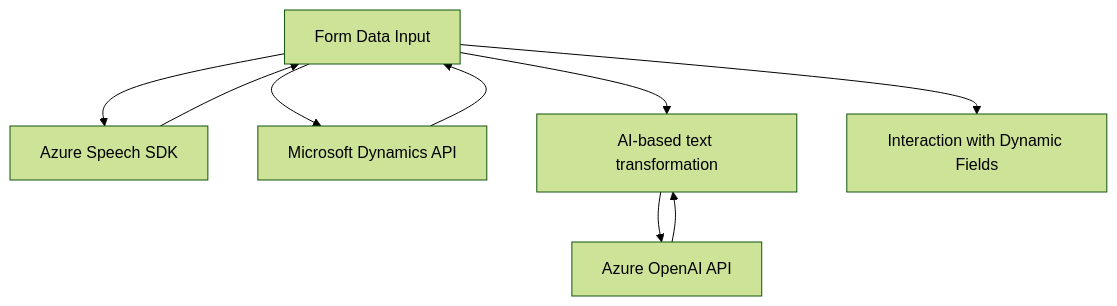
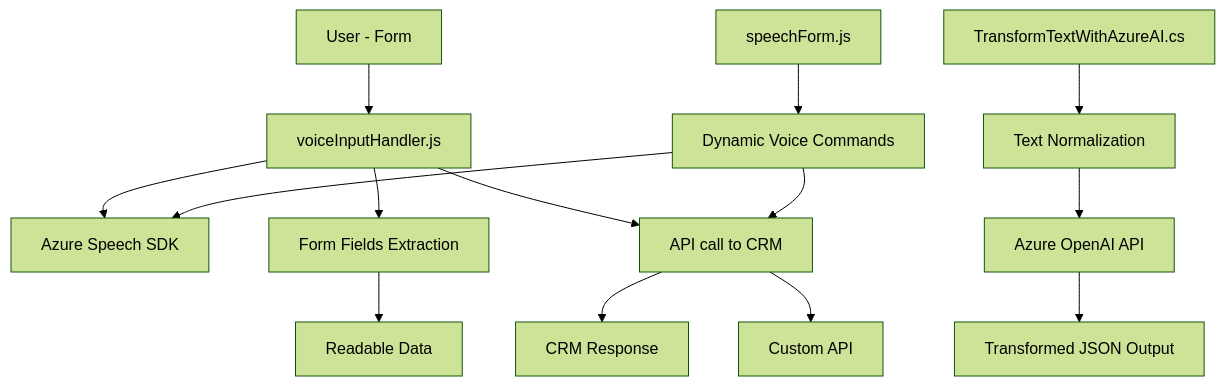
The diagram in README.md (blopezdm/NETCORE_BILBAO2025), drawn with Mermaid (forest theme) before and after one commit. The commit also changed other lines of this file, not shown here.

````diff
--- a/README.md
+++ b/README.md
@@ -39,18 +40,18 @@
 ```mermaid
 graph TD
-    A["JavaScript Frontend"]
-    B["Azure Speech SDK"]
-    C["Microsoft Dynamics API"]
-    D["Azure OpenAI Plugin (C#)"]
-    E["Azure OpenAI API"]
-    F["Microsoft Dynamics Form Context"]
-    
-    A --> B
-    A --> C
-    B --> A["Interaction: Speech-to-Text + Text-to-Speech"]
-    C --> A["Form Data Input"]
-    A --> D["Data Transformation"]
-    D --> E
-    E --> D["AI-based text transformation"]
-    A --> F["Interaction with Dynamic Fields"]
+    A["User - Form"] --> B["voiceInputHandler.js"]
+    B --> C["Azure Speech SDK"]
+    B --> D["Form Fields Extraction"]
+    B --> E["API call to CRM"]
+    D --> F["Readable Data"]
+    E --> G["CRM Response"]
+
+    X["speechForm.js"] --> Y["Dynamic Voice Commands"]
+    Y --> C
+    Y --> E
+    E --> Z["Custom API"]
+
+    J["TransformTextWithAzureAI.cs"] --> K["Text Normalization"]
+    K --> L["Azure OpenAI API"]
+    L --> M["Transformed JSON Output"]
 ```
````
